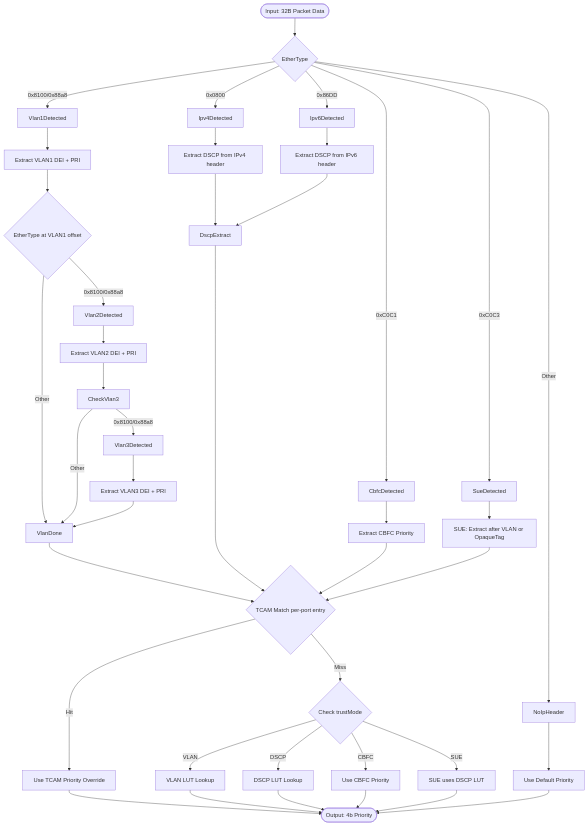
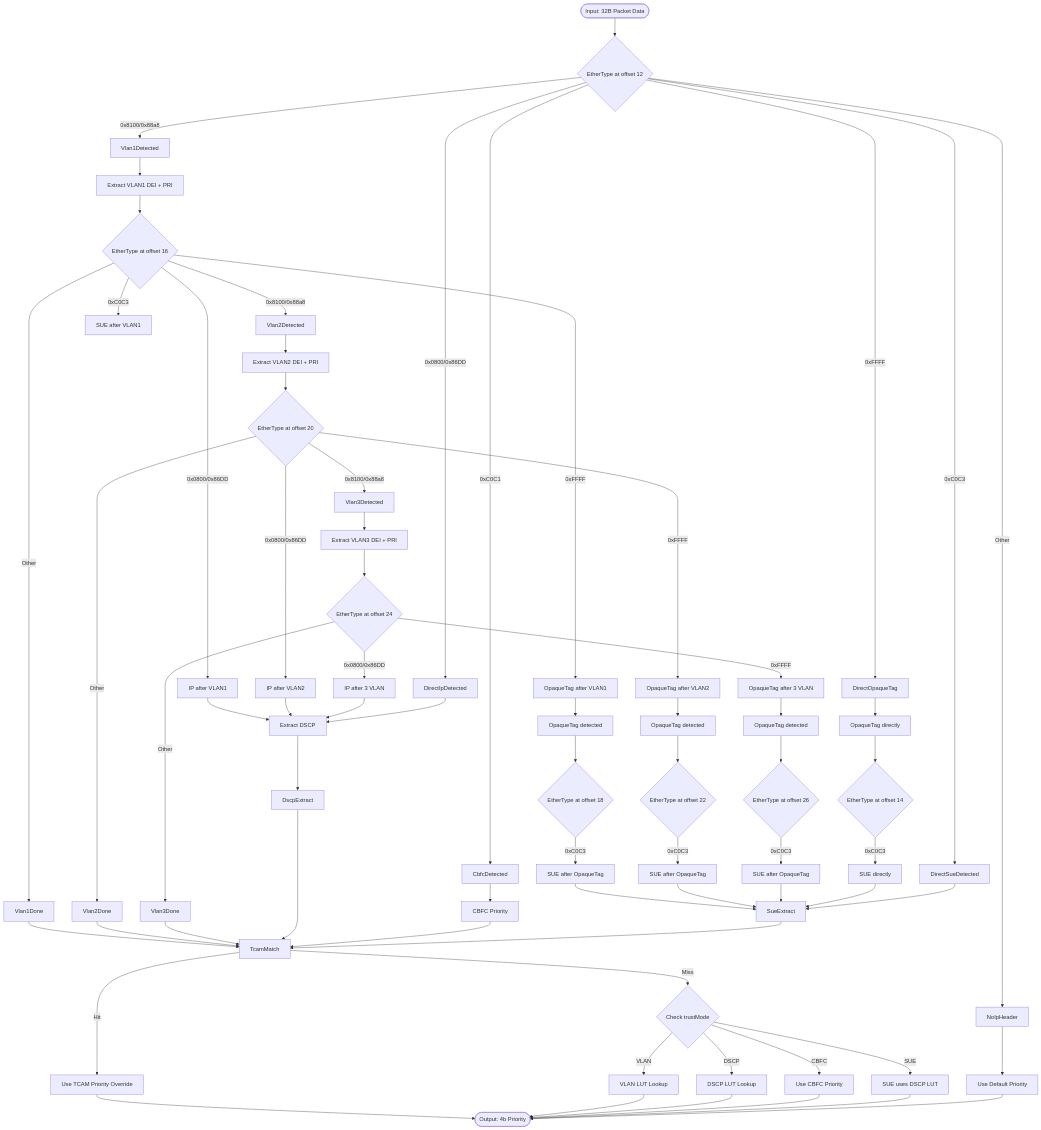
One commit to RuyeeAI/HardwareDesign changed the fifth of 6 diagrams in docs/PreParser.md. Above: the diagram before and after it, drawn with Mermaid. The commit also changed other lines of this file, not shown here.

Commit message:
Update Section 2.2 and 2.3 with correct parsing paths
Section 2.2 - Supported Header Layers:
- Path A: VLAN + IP (up to 3 VLAN layers)
- Path B: VLAN + OpaqueTag + SUE (1 VLAN + OpaqueTag)
- Path C: 3-layer VLAN + OpaqueTag (OpaqueTag after 3 VLAN)
- Path D: CBFC standalone

Section 2.3 - Priority Extraction Flow:
- Detailed flow showing OpaqueTag can appear after 1, 2, or 3 VLAN layers
- SUE detection possible at multiple points: direct, after VLAN, after OpaqueTag
- OpaqueTag marks SUE type but priority comes from VLAN.PRI or DSCP based on trustMode

````diff
--- a/docs/PreParser.md
+++ b/docs/PreParser.md
@@ -94,40 +106,70 @@
 ```mermaid
 flowchart TD
-    Start([Input: 32B Packet Data]) --> EthCheck{"EtherType"}
+    Start([Input: 32B Packet Data]) --> EthCheck{"EtherType at offset 12"}
 
     EthCheck -->|"0x8100/0x88a8"| Vlan1Detected
-    EthCheck -->|"0x0800"| Ipv4Detected
-    EthCheck -->|"0x86DD"| Ipv6Detected
+    EthCheck -->|"0x0800/0x86DD"| DirectIpDetected
     EthCheck -->|"0xC0C1"| CbfcDetected
-    EthCheck -->|"0xC0C3"| SueDetected
+    EthCheck -->|"0xC0C3"| DirectSueDetected
+    EthCheck -->|"0xFFFF"| DirectOpaqueTag
     EthCheck -->|"Other"| NoIpHeader
 
     Vlan1Detected --> Vlan1Extract["Extract VLAN1 DEI + PRI"]
-    Vlan1Extract --> CheckVlan2{"EtherType at VLAN1 offset"}
+    Vlan1Extract --> CheckVlan2{"EtherType at offset 16"}
 
     CheckVlan2 -->|"0x8100/0x88a8"| Vlan2Detected
-    CheckVlan2 -->|"Other"| VlanDone
+    CheckVlan2 -->|"0xFFFF"| OpaqueTagAfterVlan1["OpaqueTag after VLAN1"]
+    CheckVlan2 -->|"0x0800/0x86DD"| IpAfterVlan1["IP after VLAN1"]
+    CheckVlan2 -->|"0xC0C3"| SueAfterVlan1["SUE after VLAN1"]
+    CheckVlan2 -->|"Other"| Vlan1Done
 
     Vlan2Detected --> Vlan2Extract["Extract VLAN2 DEI + PRI"]
-    Vlan2Extract --> CheckVlan3
+    Vlan2Extract --> CheckVlan3{"EtherType at offset 20"}
 
     CheckVlan3 -->|"0x8100/0x88a8"| Vlan3Detected
-    CheckVlan3 -->|"Other"| VlanDone
+    CheckVlan3 -->|"0xFFFF"| OpaqueTagAfterVlan2["OpaqueTag after VLAN2"]
+    CheckVlan3 -->|"0x0800/0x86DD"| IpAfterVlan2["IP after VLAN2"]
+    CheckVlan3 -->|"Other"| Vlan2Done
 
     Vlan3Detected --> Vlan3Extract["Extract VLAN3 DEI + PRI"]
-    Vlan3Extract --> VlanDone
+    Vlan3Extract --> CheckAfterVlan3{"EtherType at offset 24"}
 
-    VlanDone --> TcamMatch{"TCAM Match per-port entry"}
+    CheckAfterVlan3 -->|"0xFFFF"| OpaqueTagAfterVlan3["OpaqueTag after 3 VLAN"]
+    CheckAfterVlan3 -->|"0x0800/0x86DD"| IpAfterVlan3["IP after 3 VLAN"]
+    CheckAfterVlan3 -->|"Other"| Vlan3Done
 
-    Ipv4Detected --> Ipv4Extract["Extract DSCP from IPv4 header"]
-    Ipv6Detected --> Ipv6Extract["Extract DSCP from IPv6 header"]
+    Vlan1Done --> TcamMatch
+    Vlan2Done --> TcamMatch
+    Vlan3Done --> TcamMatch
+    IpAfterVlan1 --> IpExtract["Extract DSCP"]
+    IpAfterVlan2 --> IpExtract
+    IpAfterVlan3 --> IpExtract
+    DirectIpDetected --> IpExtract
 
-    Ipv4Extract --> DscpExtract
-    Ipv6Extract --> DscpExtract
+    IpExtract --> DscpExtract
 
-    CbfcDetected --> CbfcExtract["Extract CBFC Priority"]
+    OpaqueTagAfterVlan1 --> OpaqueTagDetected1["OpaqueTag detected"]
+    OpaqueTagAfterVlan2 --> OpaqueTagDetected2["OpaqueTag detected"]
+    OpaqueTagAfterVlan3 --> OpaqueTagDetected3["OpaqueTag detected"]
+    DirectOpaqueTag --> OpaqueTagDirect["OpaqueTag directly"]
 
-    SueDetected --> SueExtract["SUE: Extract after VLAN or OpaqueTag"]
+    OpaqueTagDetected1 --> CheckSueAfterOpaque1{"EtherType at offset 18"}
+    OpaqueTagDetected2 --> CheckSueAfterOpaque2{"EtherType at offset 22"}
+    OpaqueTagDetected3 --> CheckSueAfterOpaque3{"EtherType at offset 26"}
+    OpaqueTagDirect --> CheckSueDirect{"EtherType at offset 14"}
+
+    CheckSueAfterOpaque1 -->|"0xC0C3"| SueAfterOpaque1["SUE after OpaqueTag"]
+    CheckSueAfterOpaque2 -->|"0xC0C3"| SueAfterOpaque2["SUE after OpaqueTag"]
+    CheckSueAfterOpaque3 -->|"0xC0C3"| SueAfterOpaque3["SUE after OpaqueTag"]
+    CheckSueDirect -->|"0xC0C3"| SueDirect["SUE directly"]
+
+    SueAfterOpaque1 --> SueExtract
+    SueAfterOpaque2 --> SueExtract
+    SueAfterOpaque3 --> SueExtract
+    SueDirect --> SueExtract
+    DirectSueDetected --> SueExtract
+
+    CbfcDetected --> CbfcExtract["CBFC Priority"]
 
     NoIpHeader --> UseDefault["Use Default Priority"]
 
````
